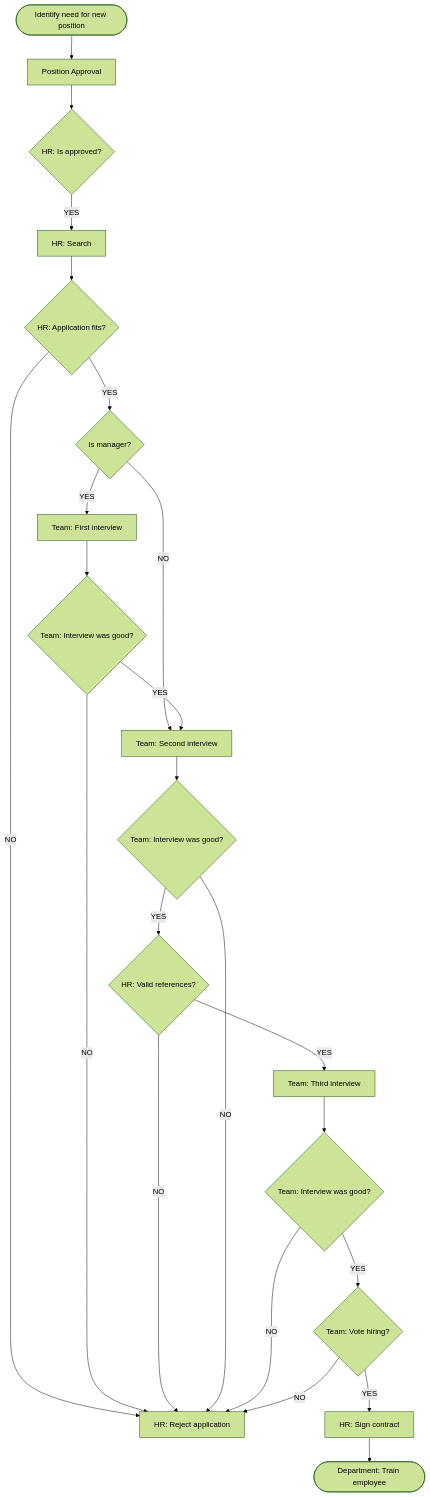
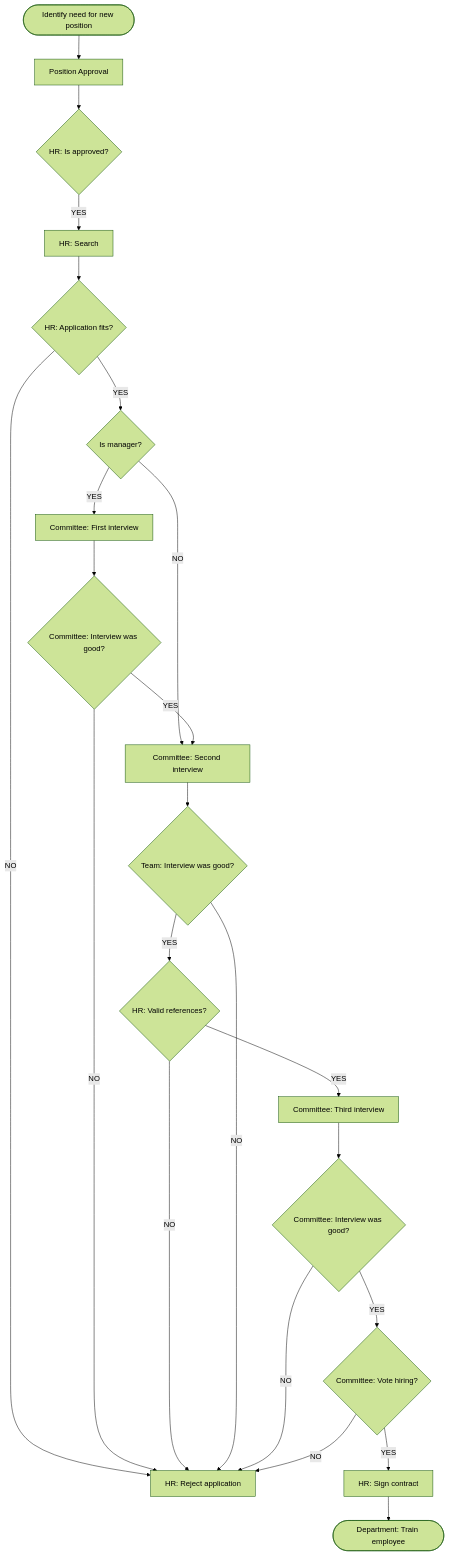
One commit to Karaka-Management/Organization-Guide changed the diagram in Processes/05_HR_Flowchart.md. Above: the diagram before and after it, drawn with Mermaid (forest theme). The commit also changed 17 other files, not shown here.

````diff
--- a/Processes/05_HR_Flowchart.md
+++ b/Processes/05_HR_Flowchart.md
@@ -5,25 +5,25 @@
 ```mermaid
 graph TD;
     IDENTIFY([Identify need for new position])-->APPROVAL[Position Approval];
     APPROVAL-->APPROVAL_SEARCH{HR: Is approved?};
     APPROVAL_SEARCH--YES-->SEARCH[HR: Search];
     SEARCH-->CHECK_APPLICATION{HR: Application fits?};
     CHECK_APPLICATION--YES-->SKIP_FIRST{Is manager?};
-    SKIP_FIRST--YES-->INTERVIEW_1[Team: First interview];
+    SKIP_FIRST--YES-->INTERVIEW_1[Committee: First interview];
     SKIP_FIRST--NO-->INTERVIEW_2;
     CHECK_APPLICATION--NO-->REJECT[HR: Reject application];
-    INTERVIEW_1-->CHECK_INTERVIEW_1{Team: Interview was good?};
-    CHECK_INTERVIEW_1--YES-->INTERVIEW_2[Team: Second interview];
+    INTERVIEW_1-->CHECK_INTERVIEW_1{Committee: Interview was good?};
+    CHECK_INTERVIEW_1--YES-->INTERVIEW_2[Committee: Second interview];
     CHECK_INTERVIEW_1--NO-->REJECT;
     INTERVIEW_2-->CHECK_INTERVIEW_2{Team: Interview was good?};
     CHECK_INTERVIEW_2--YES-->CHECK_REFERENCES{HR: Valid references?};
-    CHECK_REFERENCES--YES-->INTERVIEW_3[Team: Third interview];
+    CHECK_REFERENCES--YES-->INTERVIEW_3[Committee: Third interview];
     CHECK_REFERENCES--NO-->REJECT;
     CHECK_INTERVIEW_2--NO-->REJECT;
-    INTERVIEW_3-->CHECK_INTERVIEW_3{Team: Interview was good?};
+    INTERVIEW_3-->CHECK_INTERVIEW_3{Committee: Interview was good?};
     CHECK_INTERVIEW_3--NO-->REJECT;
-    CHECK_INTERVIEW_3--YES-->VOTE{Team: Vote hiring?}
+    CHECK_INTERVIEW_3--YES-->VOTE{Committee: Vote hiring?}
     VOTE--YES-->SIGN_CONTRACT[HR: Sign contract];
     VOTE--NO-->REJECT
     SIGN_CONTRACT-->TRAIN([Department: Train employee])
 ```
````
